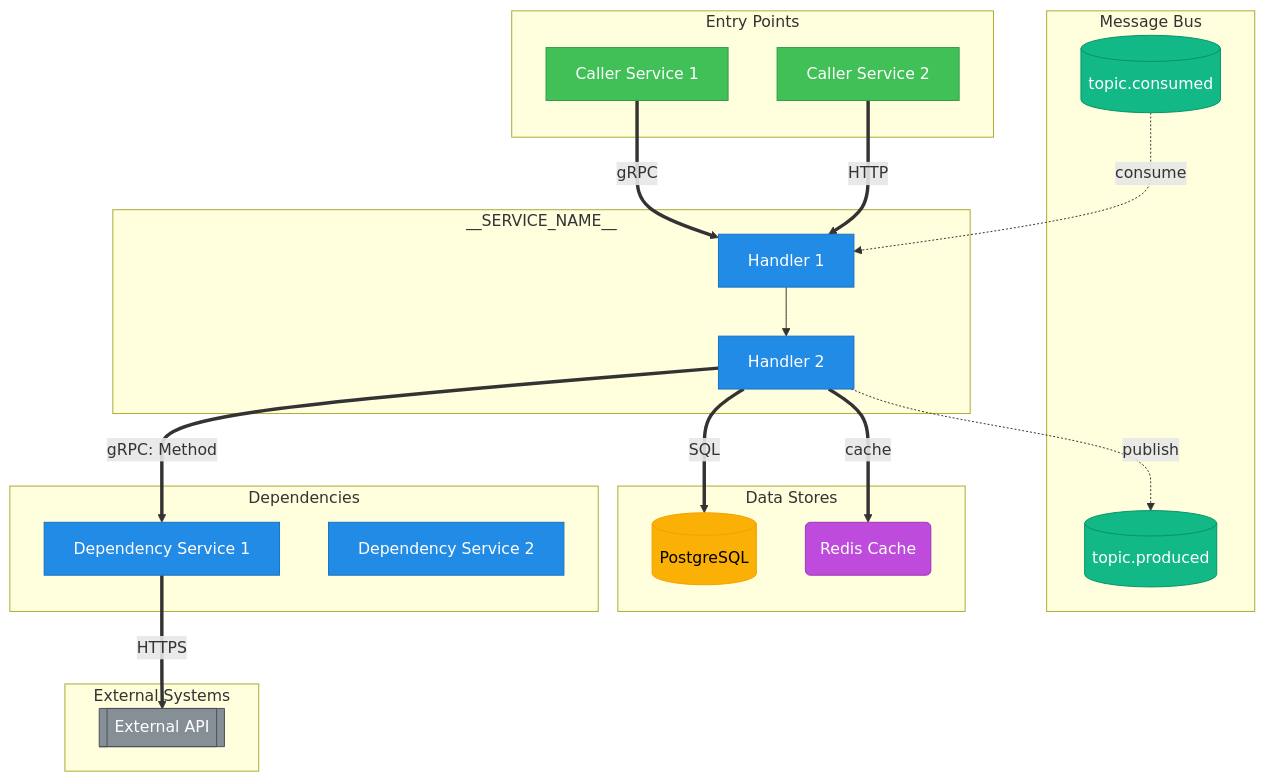
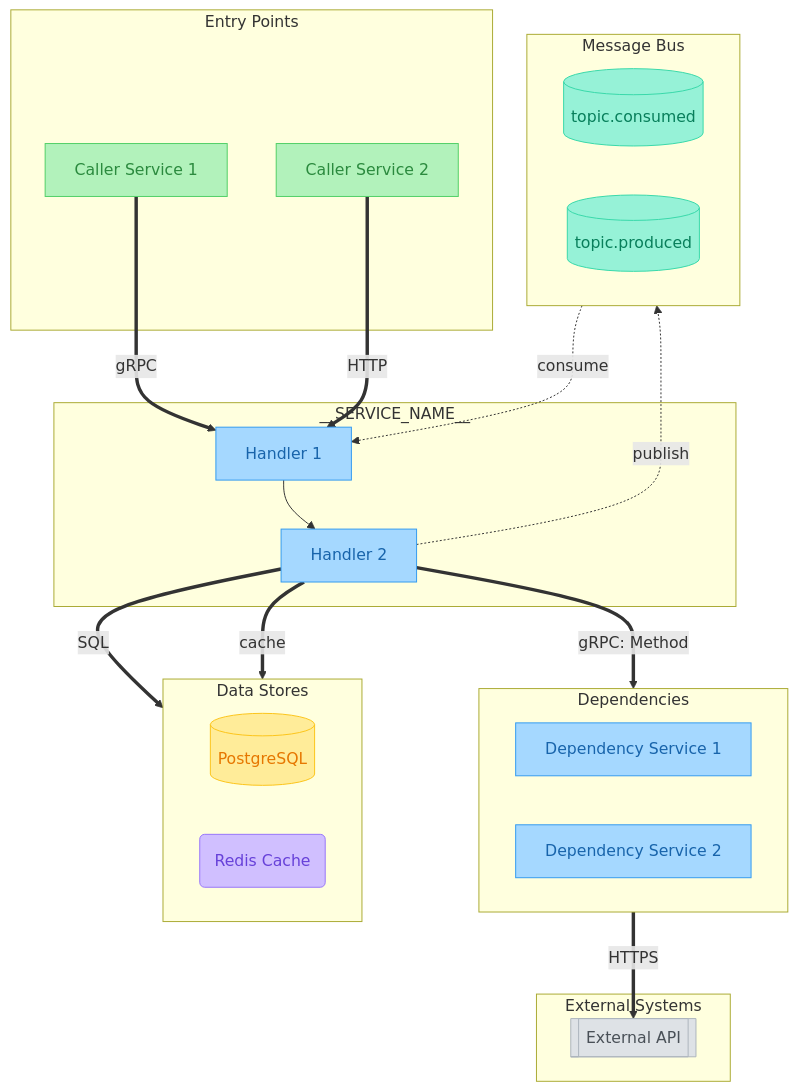
One commit to selimabeniacar/gemini-skills changed the diagram in templates/diagram-template.md. Above: the diagram before and after it, drawn with Mermaid. The commit also changed 4 other files, not shown here.

````diff
--- a/templates/diagram-template.md
+++ b/templates/diagram-template.md
@@ -10,14 +10,14 @@
 ```mermaid
 flowchart TD
     %% ========================================
-    %% Style Definitions (copy exactly)
+    %% Style Definitions (muted, professional colors)
     %% ========================================
-    classDef service fill:#228be6,stroke:#1971c2,color:#fff
-    classDef entry fill:#40c057,stroke:#2f9e44,color:#fff
-    classDef kafka fill:#12b886,stroke:#099268,color:#fff
-    classDef database fill:#fab005,stroke:#f59f00,color:#000
-    classDef cache fill:#be4bdb,stroke:#9c36b5,color:#fff
-    classDef external fill:#868e96,stroke:#495057,color:#fff
+    classDef service fill:#a5d8ff,stroke:#339af0,color:#1864ab
+    classDef entry fill:#b2f2bb,stroke:#51cf66,color:#2b8a3e
+    classDef kafka fill:#96f2d7,stroke:#38d9a9,color:#087f5b
+    classDef database fill:#ffec99,stroke:#fcc419,color:#e67700
+    classDef cache fill:#d0bfff,stroke:#9775fa,color:#6741d9
+    classDef external fill:#dee2e6,stroke:#adb5bd,color:#495057
 
     %% ========================================
     %% Entry Points (TOP) - services that call this one
@@ -39,9 +39,10 @@
 
     %% ========================================
     %% Dependencies - services this one calls
-    %% Replace with actual dependencies
+    %% Use direction LR to spread horizontally
     %% ========================================
     subgraph deps ["Dependencies"]
+        direction LR
         D1[Dependency Service 1]
         D2[Dependency Service 2]
     end
@@ -51,6 +52,7 @@
     %% Use cylinder shape: [(topic.name)]
     %% ========================================
     subgraph kafka ["Message Bus"]
+        direction LR
         K1[(topic.consumed)]
         K2[(topic.produced)]
     end
@@ -60,6 +62,7 @@
     %% Database: [(Name)], Cache: (Name)
     %% ========================================
     subgraph data ["Data Stores"]
+        direction LR
         DB1[(PostgreSQL)]
         C1(Redis Cache)
     end
````
